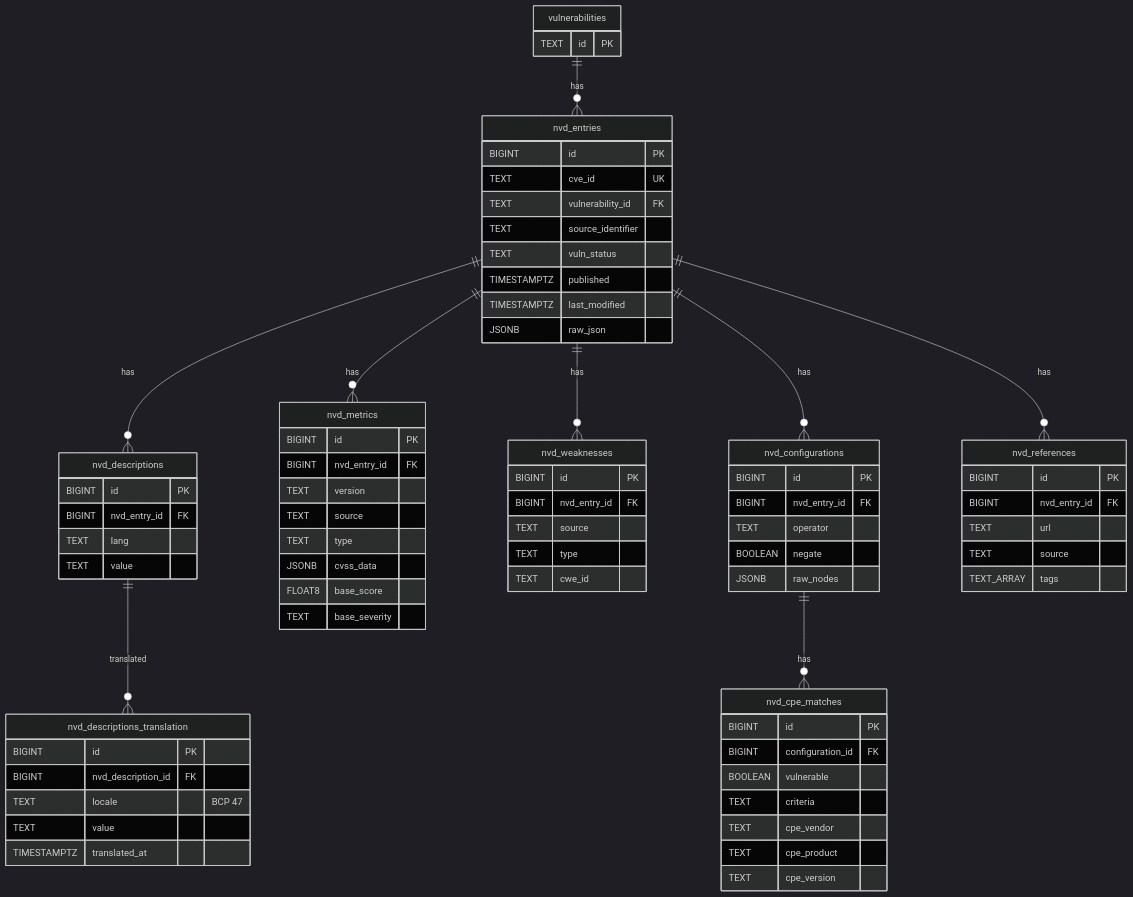
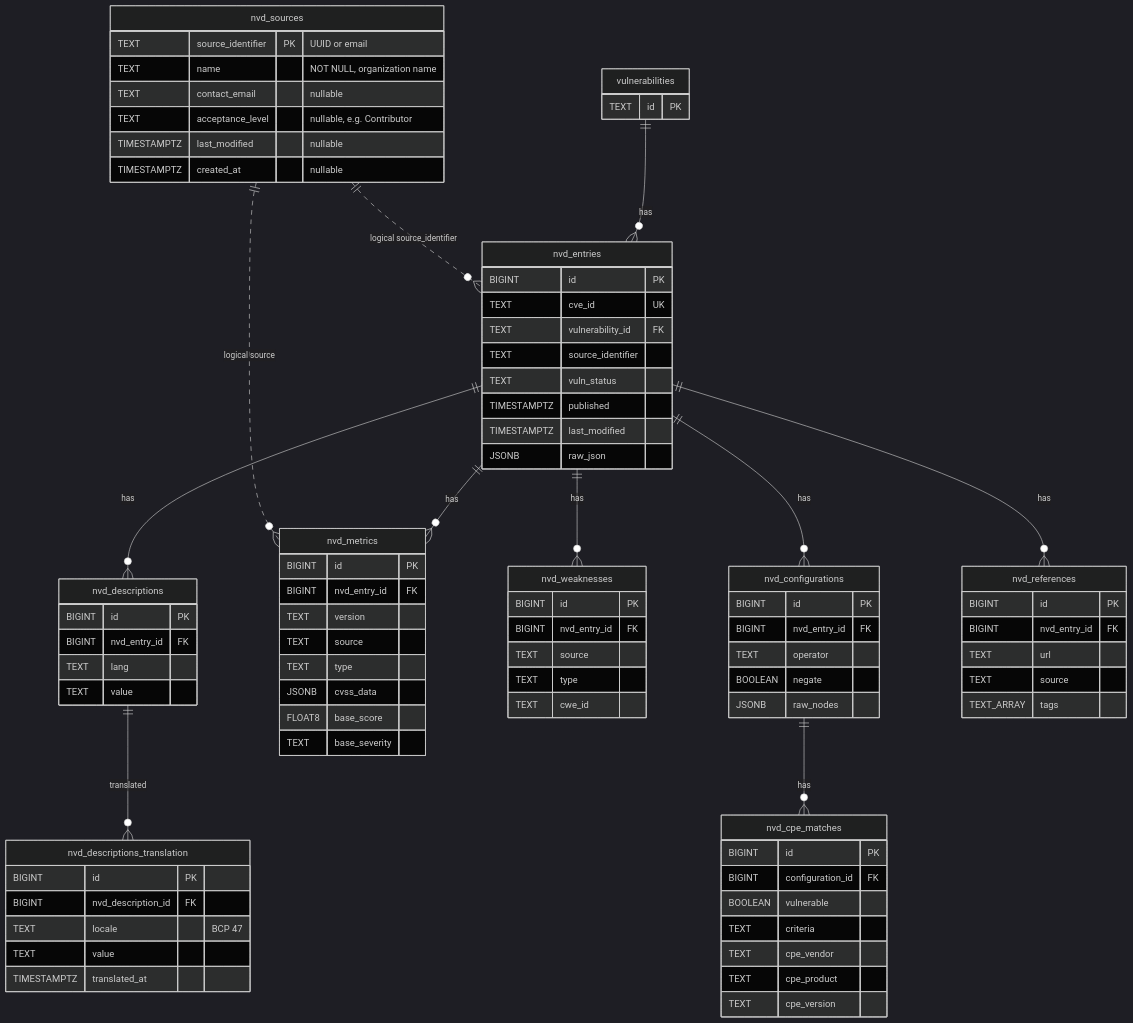
One commit to kato83/mayu changed the fourth of 10 diagrams in .kiro/steering/erd.md. Above: the diagram before and after it, drawn with Mermaid (dark theme). The commit also changed other lines of this file and 21 other files, not shown here.

First line of the commit message:
feat: resolve NVD source UUIDs to organization names

````diff
--- a/.kiro/steering/erd.md
+++ b/.kiro/steering/erd.md
@@ -889,6 +900,15 @@
         TIMESTAMPTZ translated_at
     }
 
+    nvd_sources {
+        TEXT source_identifier PK "UUID or email"
+        TEXT name "NOT NULL, organization name"
+        TEXT contact_email "nullable"
+        TEXT acceptance_level "nullable, e.g. Contributor"
+        TIMESTAMPTZ last_modified "nullable"
+        TIMESTAMPTZ created_at "nullable"
+    }
+
     vulnerabilities ||--o{ nvd_entries : "has"
     nvd_entries ||--o{ nvd_descriptions : "has"
     nvd_entries ||--o{ nvd_metrics : "has"
@@ -897,4 +917,6 @@
     nvd_configurations ||--o{ nvd_cpe_matches : "has"
     nvd_entries ||--o{ nvd_references : "has"
     nvd_descriptions ||--o{ nvd_descriptions_translation : "translated"
+    nvd_sources ||..o{ nvd_entries : "logical source_identifier"
+    nvd_sources ||..o{ nvd_metrics : "logical source"
 ```
````
